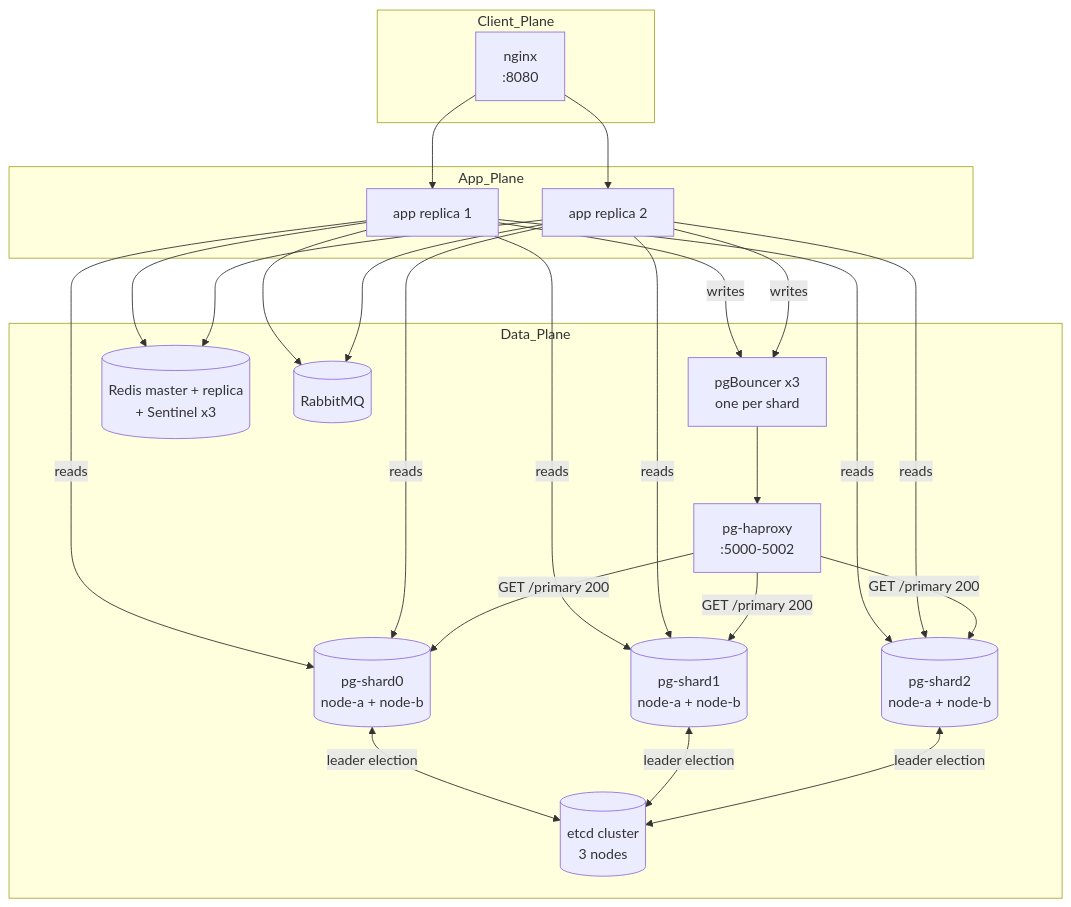
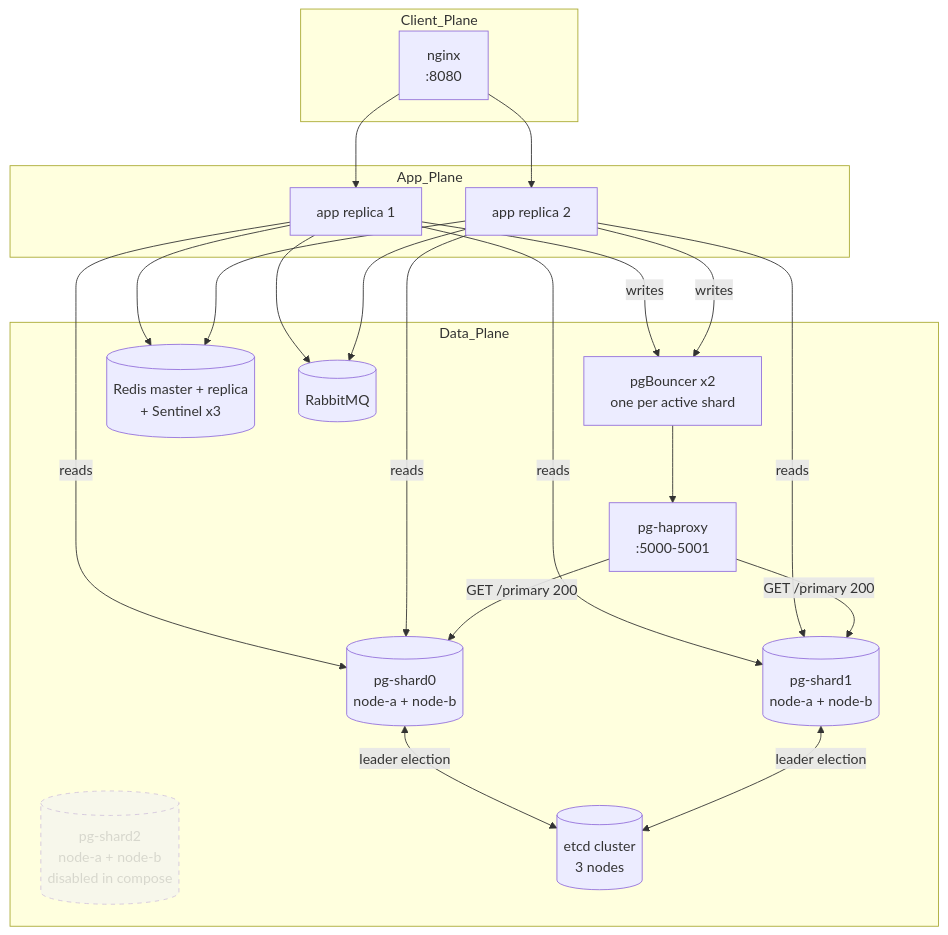
One commit to Ghaida00/Capstone changed the second of 4 diagrams in docs/architecture.md. Above: the diagram before and after it, drawn with Mermaid. The commit also changed other lines of this file and 15 other files, not shown here.

````diff
--- a/docs/architecture.md
+++ b/docs/architecture.md
@@ -50,44 +54,42 @@
 ```mermaid
 flowchart TB
     subgraph Client_Plane
         Nginx[nginx<br/>:8080]
     end
 
     subgraph App_Plane
         AppA[app replica 1]
         AppB[app replica 2]
     end
 
     subgraph Data_Plane
-        PgBouncer[pgBouncer x3<br/>one per shard]
-        HAProxy[pg-haproxy<br/>:5000-5002]
+        PgBouncer[pgBouncer x2<br/>one per active shard]
+        HAProxy[pg-haproxy<br/>:5000-5001]
         Shard0[(pg-shard0<br/>node-a + node-b)]
         Shard1[(pg-shard1<br/>node-a + node-b)]
-        Shard2[(pg-shard2<br/>node-a + node-b)]
+        Shard2[(pg-shard2<br/>node-a + node-b<br/>disabled in compose)]:::disabled
         Etcd[(etcd cluster<br/>3 nodes)]
         Redis[(Redis master + replica<br/>+ Sentinel x3)]
         Mq[(RabbitMQ)]
     end
 
+    classDef disabled stroke-dasharray:5 5,opacity:0.4
+
     Nginx --> AppA
     Nginx --> AppB
     AppA -->|reads| Shard0
     AppA -->|reads| Shard1
-    AppA -->|reads| Shard2
     AppA -->|writes| PgBouncer
     AppB -->|reads| Shard0
     AppB -->|reads| Shard1
-    AppB -->|reads| Shard2
     AppB -->|writes| PgBouncer
     PgBouncer --> HAProxy
     HAProxy -->|"GET /primary 200"| Shard0
     HAProxy -->|"GET /primary 200"| Shard1
-    HAProxy -->|"GET /primary 200"| Shard2
     Shard0 <-->|leader election| Etcd
     Shard1 <-->|leader election| Etcd
-    Shard2 <-->|leader election| Etcd
     AppA --> Redis
     AppB --> Redis
     AppA --> Mq
     AppB --> Mq
 ```
````
